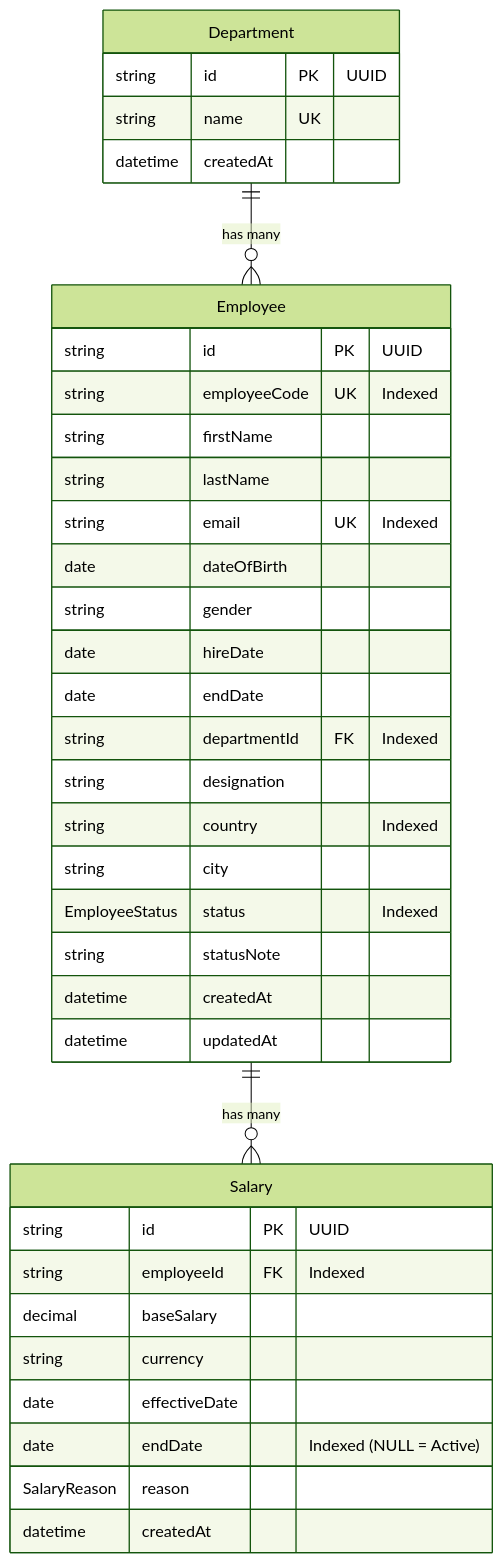
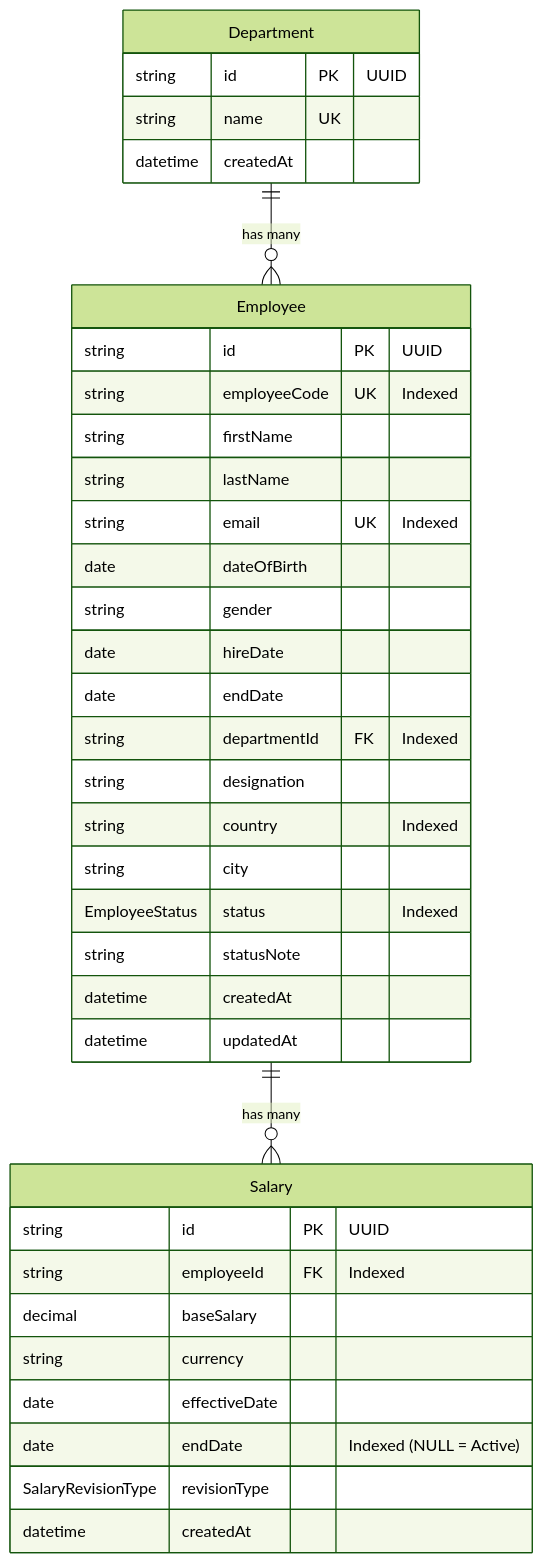
The second of 2 diagrams in docs/ARCHITECTURE.md (azeema11/typescript-fullstack-trial), drawn with Mermaid (forest theme) before and after one commit. The commit also changed other lines of this file and 8 other files, not shown here.

Commit message:
feat: Add prisma schema, harcoded countries, seed script, set up package.json, update documentations

````diff
--- a/docs/ARCHITECTURE.md
+++ b/docs/ARCHITECTURE.md
@@ -53,39 +53,39 @@
 ```mermaid
 erDiagram
     Department {
         string id PK "UUID"
         string name UK
         datetime createdAt
     }
     Employee {
         string id PK "UUID"
         string employeeCode UK "Indexed"
         string firstName
         string lastName
         string email UK "Indexed"
         date dateOfBirth
         string gender
         date hireDate
         date endDate
         string departmentId FK "Indexed"
         string designation
         string country "Indexed"
         string city
         EmployeeStatus status "Indexed"
         string statusNote
         datetime createdAt
         datetime updatedAt
     }
     Salary {
         string id PK "UUID"
         string employeeId FK "Indexed"
         decimal baseSalary
         string currency
         date effectiveDate
         date endDate "Indexed (NULL = Active)"
-        SalaryReason reason
+        SalaryRevisionType revisionType
         datetime createdAt
     }
     Department ||--o{ Employee : "has many"
     Employee ||--o{ Salary : "has many"
 ```
````
